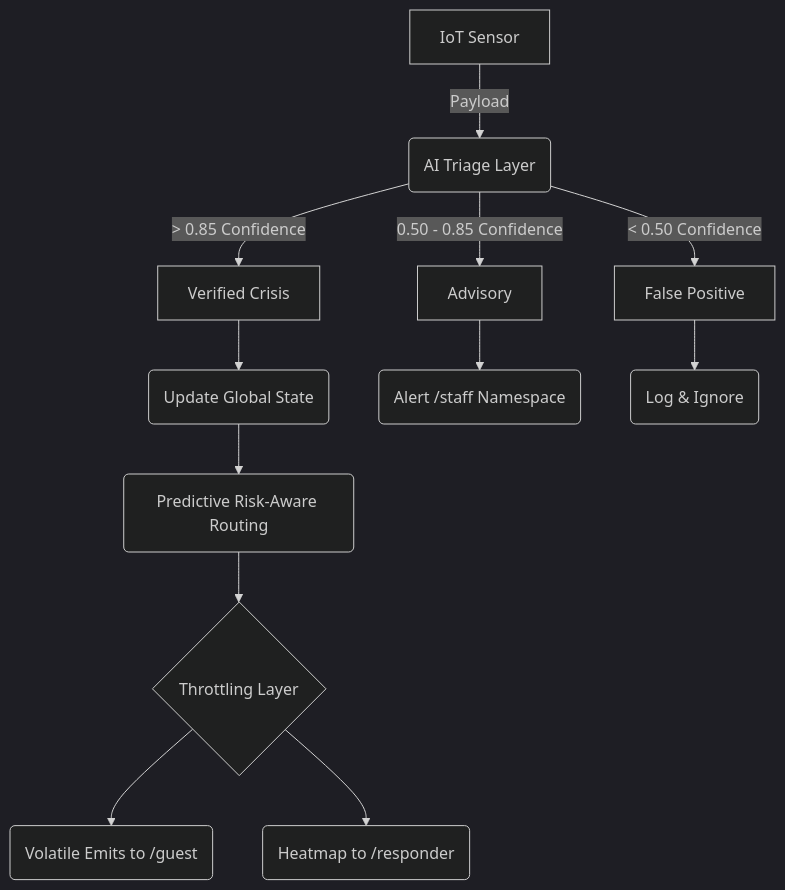
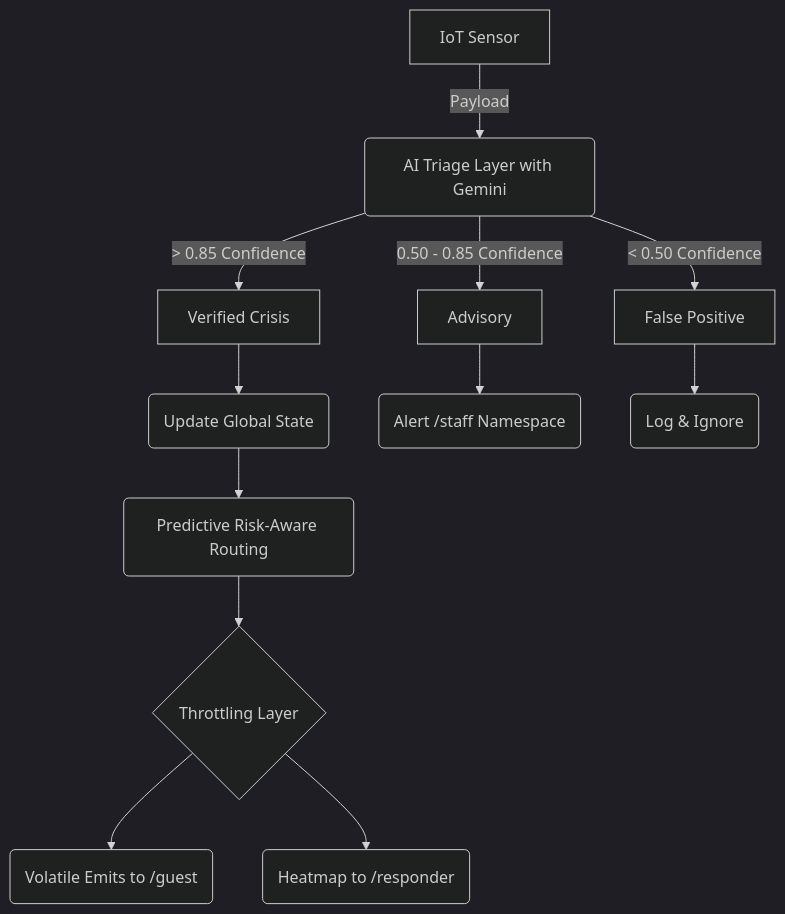
One commit to River-unknown/ResponX changed the diagram in README.md. Above: the diagram before and after it, drawn with Mermaid (dark theme). The commit also changed other lines of this file and 6 other files, not shown here.

Commit message:
feat: integrate Google Gemini AI for enhanced heuristic triage and update Docker setup

````diff
--- a/README.md
+++ b/README.md
@@ -28,16 +29,16 @@
 ```mermaid
 graph TD
-    A[IoT Sensor] -->|Payload| B(AI Triage Layer)
+    A[IoT Sensor] -->|Payload| B(AI Triage Layer with Gemini)
     B -->|> 0.85 Confidence| C[Verified Crisis]
     B -->|0.50 - 0.85 Confidence| D[Advisory]
     B -->|< 0.50 Confidence| E[False Positive]
     
     C --> F(Update Global State)
     D --> G(Alert /staff Namespace)
     E --> H(Log & Ignore)
     
     F --> I(Predictive Risk-Aware Routing)
     I --> J{Throttling Layer}
     J --> K(Volatile Emits to /guest)
     J --> L(Heatmap to /responder)
 ```
````
